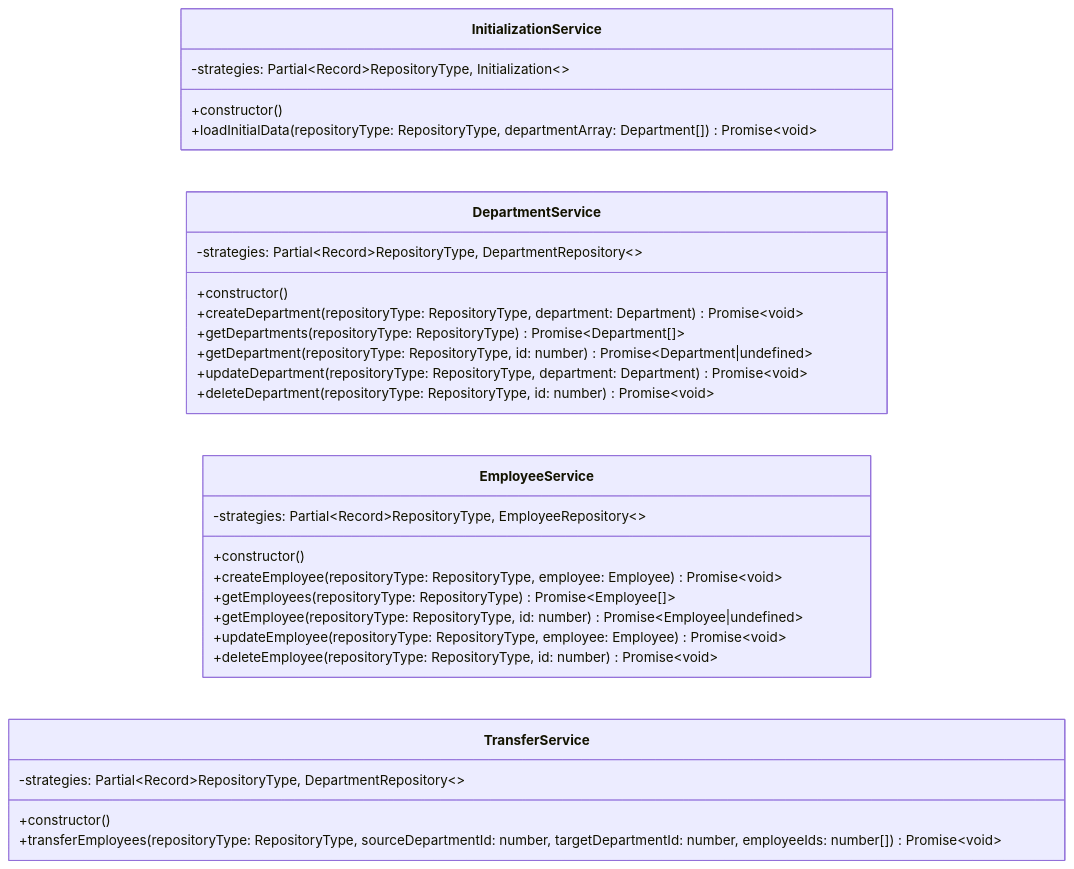
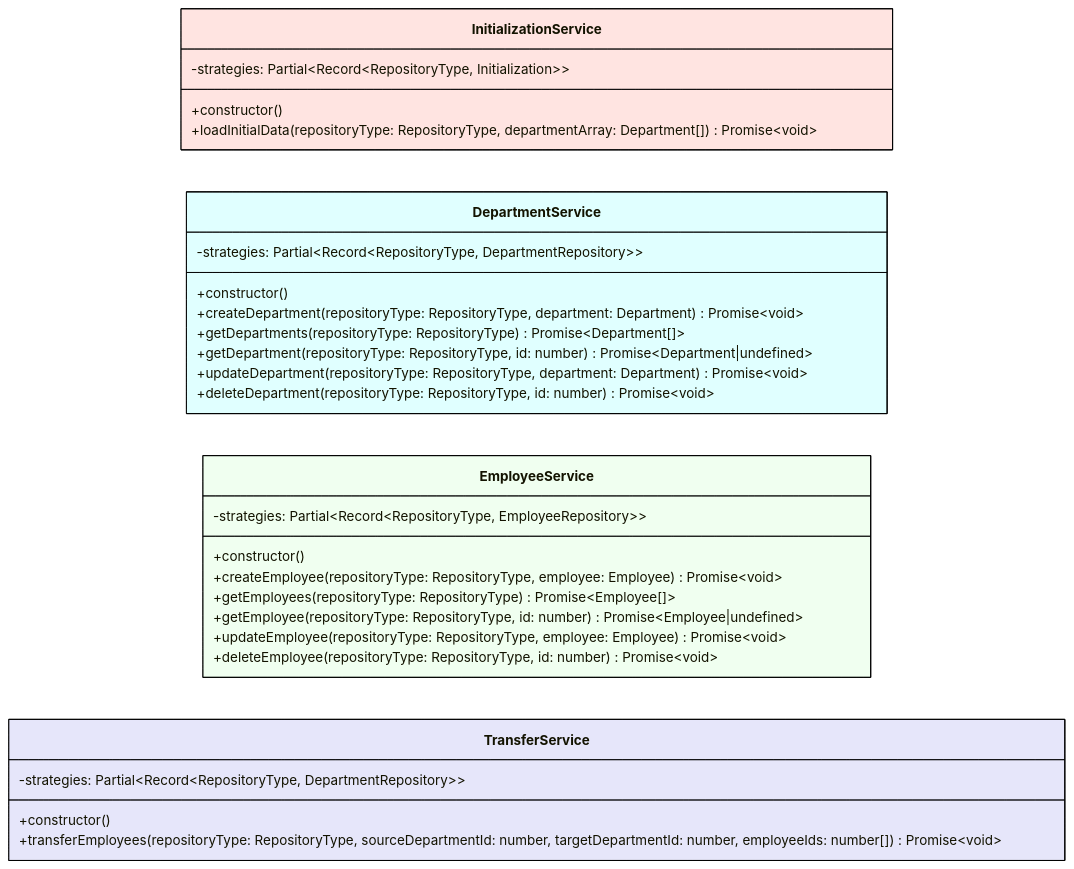
The diagram in docs/mermaid/classDiagramServices.md (k1729p/Study28), drawn with Mermaid before and after one commit.

````diff
--- a/docs/mermaid/classDiagramServices.md
+++ b/docs/mermaid/classDiagramServices.md
@@ -3,35 +3,45 @@
 ```mermaid
 classDiagram
   direction LR
-  class InitializationService {
-    -strategies: Partial~Record~RepositoryType, Initialization~~
+  class InitializationService:::mistyrose {
+    -strategies: Partial&lt;Record&lt;RepositoryType, Initialization&gt;&gt;
     +constructor()
     +loadInitialData(repositoryType: RepositoryType, departmentArray: Department[]) Promise~void~
   }
 
-  class DepartmentService {
-    -strategies: Partial~Record~RepositoryType, DepartmentRepository~~
+  class DepartmentService:::lightcyan {
+    -strategies: Partial&lt;Record&lt;RepositoryType, DepartmentRepository&gt;&gt;
     +constructor()
     +createDepartment(repositoryType: RepositoryType, department: Department) Promise~void~
     +getDepartments(repositoryType: RepositoryType) Promise~Department[]~
     +getDepartment(repositoryType: RepositoryType, id: number) Promise~Department|undefined~
     +updateDepartment(repositoryType: RepositoryType, department: Department) Promise~void~
     +deleteDepartment(repositoryType: RepositoryType, id: number) Promise~void~
   }
 
-  class EmployeeService {
-    -strategies: Partial~Record~RepositoryType, EmployeeRepository~~
+  class EmployeeService:::honeydew {
+    -strategies: Partial&lt;Record&lt;RepositoryType, EmployeeRepository&gt;&gt;
     +constructor()
     +createEmployee(repositoryType: RepositoryType, employee: Employee) Promise~void~
     +getEmployees(repositoryType: RepositoryType) Promise~Employee[]~
     +getEmployee(repositoryType: RepositoryType, id: number) Promise~Employee|undefined~
     +updateEmployee(repositoryType: RepositoryType, employee: Employee) Promise~void~
     +deleteEmployee(repositoryType: RepositoryType, id: number) Promise~void~
   }
 
-  class TransferService {
-    -strategies: Partial~Record~RepositoryType, DepartmentRepository~~
+  class TransferService:::lavender {
+    -strategies: Partial&lt;Record&lt;RepositoryType, DepartmentRepository&gt;&gt;
     +constructor()
     +transferEmployees(repositoryType: RepositoryType, sourceDepartmentId: number, targetDepartmentId: number, employeeIds: number[]) Promise~void~
   }
+%% Styles
+  classDef aliceblue fill:aliceblue,stroke:black,stroke-width:1px
+  classDef bisque fill:bisque,stroke:black,stroke-width:1px
+  classDef cornsilk fill:cornsilk,stroke:black,stroke-width:1px
+  classDef honeydew fill:honeydew,stroke:black,stroke-width:1px
+  classDef lavender fill:lavender,stroke:black,stroke-width:1px
+  classDef lightcyan fill:lightcyan,stroke:black,stroke-width:1px
+  classDef lightgray fill:lightgray,stroke:black,stroke-width:1px
+  classDef lightyellow fill:lightyellow,stroke:black,stroke-width:1px
+  classDef mistyrose fill:mistyrose,stroke:black,stroke-width:1px
 ```
````
